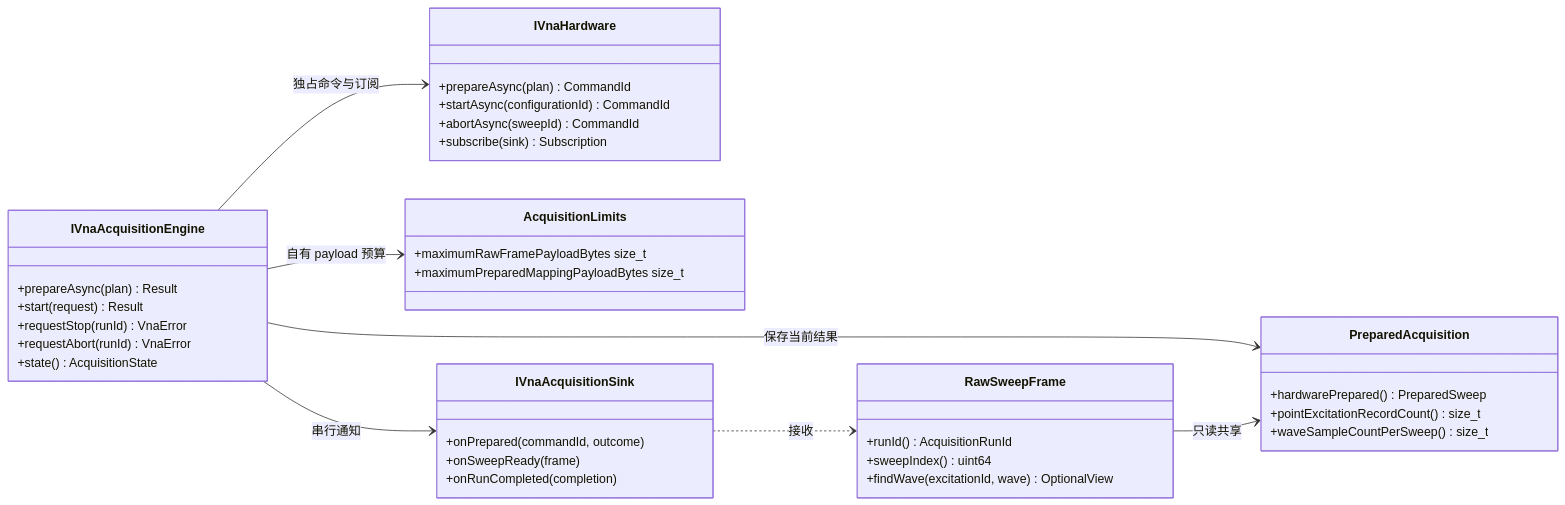
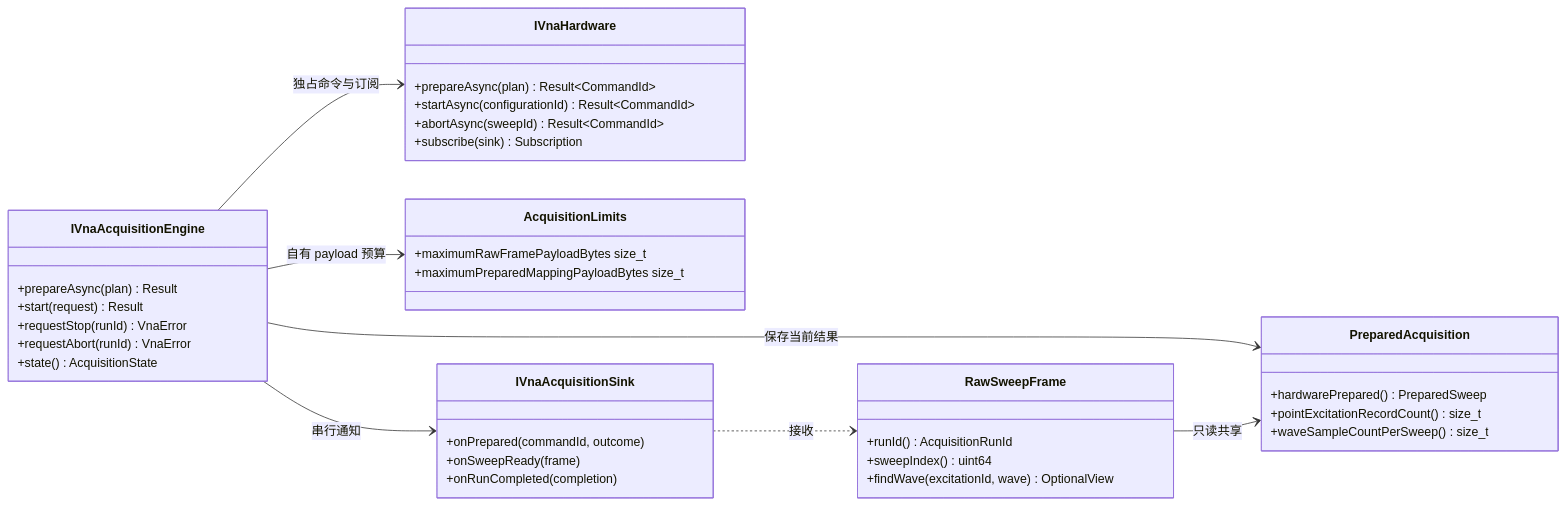
One commit to aniping/VnaPro changed the third of 5 diagrams in docs/原始波采集层软件设计.md. Above: the diagram before and after it, drawn with Mermaid. The commit also changed other lines of this file and 5 other files, not shown here.

````diff
--- a/docs/原始波采集层软件设计.md
+++ b/docs/原始波采集层软件设计.md
@@ -257,49 +264,49 @@
 ```mermaid
 classDiagram
     direction LR
 
     class IVnaHardware {
-        +prepareAsync(plan) CommandId
-        +startAsync(configurationId) CommandId
-        +abortAsync(sweepId) CommandId
+        +prepareAsync(plan) Result~CommandId~
+        +startAsync(configurationId) Result~CommandId~
+        +abortAsync(sweepId) Result~CommandId~
         +subscribe(sink) Subscription
     }
 
     class IVnaAcquisitionEngine {
         +prepareAsync(plan) Result
         +start(request) Result
         +requestStop(runId) VnaError
         +requestAbort(runId) VnaError
         +state() AcquisitionState
     }
 
     class AcquisitionLimits {
         +maximumRawFramePayloadBytes size_t
         +maximumPreparedMappingPayloadBytes size_t
     }
 
     class PreparedAcquisition {
         +hardwarePrepared() PreparedSweep
         +pointExcitationRecordCount() size_t
         +waveSampleCountPerSweep() size_t
     }
 
     class RawSweepFrame {
         +runId() AcquisitionRunId
         +sweepIndex() uint64
         +findWave(excitationId, wave) OptionalView
     }
 
     class IVnaAcquisitionSink {
         +onPrepared(commandId, outcome)
         +onSweepReady(frame)
         +onRunCompleted(completion)
     }
 
     IVnaAcquisitionEngine --> IVnaHardware : 独占命令与订阅
     IVnaAcquisitionEngine --> AcquisitionLimits : 自有 payload 预算
     IVnaAcquisitionEngine --> PreparedAcquisition : 保存当前结果
     IVnaAcquisitionEngine --> IVnaAcquisitionSink : 串行通知
     RawSweepFrame --> PreparedAcquisition : 只读共享
     IVnaAcquisitionSink ..> RawSweepFrame : 接收
 ```
````
